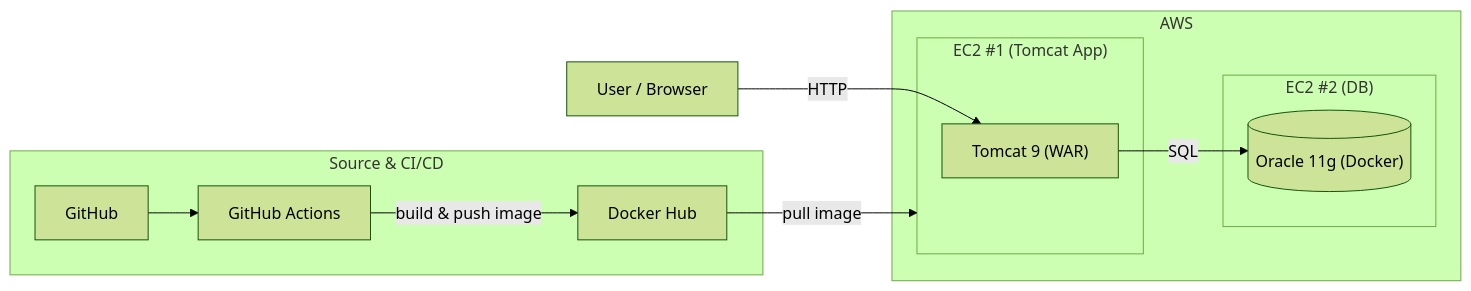
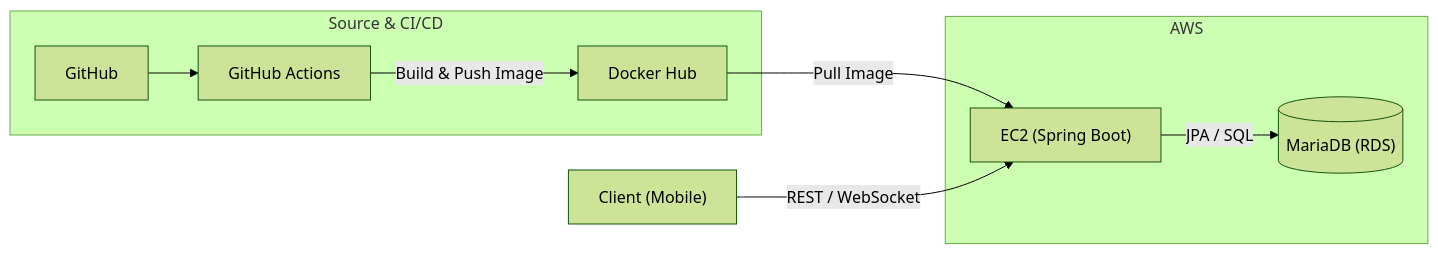
The first of 3 diagrams in README.md (SU-Talk/sutalk-backend), drawn with Mermaid (forest theme) before and after one commit. The commit also changed other lines of this file, not shown here.

````diff
--- a/README.md
+++ b/README.md
@@ -16,28 +16,19 @@
 ```mermaid
 flowchart LR
-  %% Mole PMS Deployment Architecture (clean)
-
   subgraph SCM["Source & CI/CD"]
     GH["GitHub"]
     GHA["GitHub Actions"]
     DH["Docker Hub"]
-    GH --> GHA -->|build & push image| DH
+    GH --> GHA -->|Build & Push Image| DH
   end
 
   subgraph AWS["AWS"]
-    subgraph EC1["EC2 #1 (Tomcat App)"]
-      APP["Tomcat 9 (WAR)"]
-    end
-
-    subgraph EC2["EC2 #2 (DB)"]
-      ORCL[("Oracle 11g (Docker)")]
-    end
-
-    DH -->|pull image| EC1
-    APP -->|SQL| ORCL
+    EC2["EC2 (Spring Boot)"]
+    RDS[("MariaDB (RDS)")]
+    DH -->|Pull Image| EC2
+    EC2 -->|JPA / SQL| RDS
   end
 
-  USER["User / Browser"] -->|HTTP| APP
-
+  USER["Client (Mobile)"] -->|REST / WebSocket| EC2
 
 ```
````
